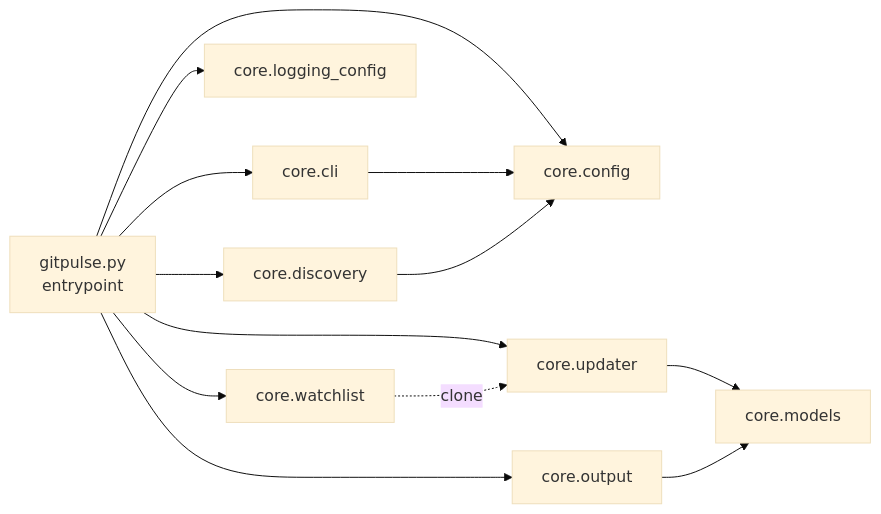
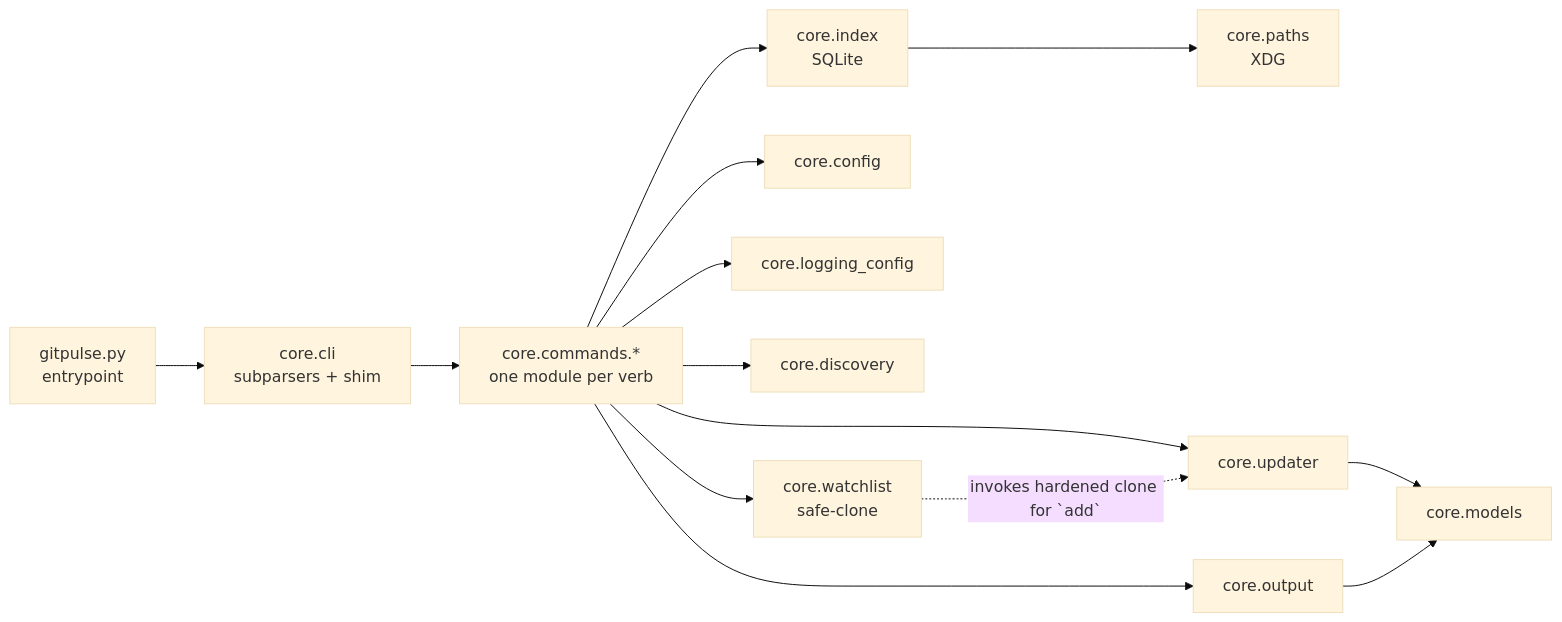
Before and after one commit to prodrom3/gitpulse: the second of 4 diagrams in README.md, drawn with Mermaid (base theme). The commit also changed other lines of this file and 19 other files, not shown here.

First line of the commit message:
Phase 1: metadata index and verb-first CLI (v2.1.0) (#1)

````diff
--- a/README.md
+++ b/README.md
@@ -432,25 +535,28 @@
 ```mermaid
 flowchart LR
     entry[gitpulse.py<br/>entrypoint]
-    cli[core.cli]
+    cli[core.cli<br/>subparsers + shim]
+    paths[core.paths<br/>XDG]
+    idx[core.index<br/>SQLite]
+    cmds[core.commands.*<br/>one module per verb]
     config[core.config]
     logcfg[core.logging_config]
     discovery[core.discovery]
-    watchlist[core.watchlist]
     updater[core.updater]
+    watchlist[core.watchlist<br/>safe-clone]
     output[core.output]
     models[core.models]
 
-    entry --> cli
-    entry --> config
-    entry --> logcfg
-    entry --> discovery
-    entry --> watchlist
-    entry --> updater
-    entry --> output
-    cli --> config
-    discovery --> config
+    entry --> cli --> cmds
+    cmds --> idx
+    cmds --> config
+    cmds --> logcfg
+    cmds --> discovery
+    cmds --> updater
+    cmds --> watchlist
+    cmds --> output
+    idx --> paths
     updater --> models
     output --> models
-    watchlist -. clone .-> updater
+    watchlist -. invokes hardened clone for `add` .-> updater
 ```
````
